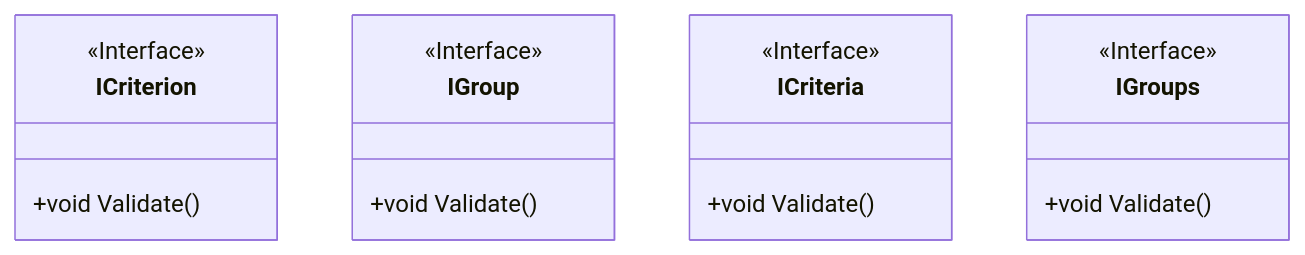
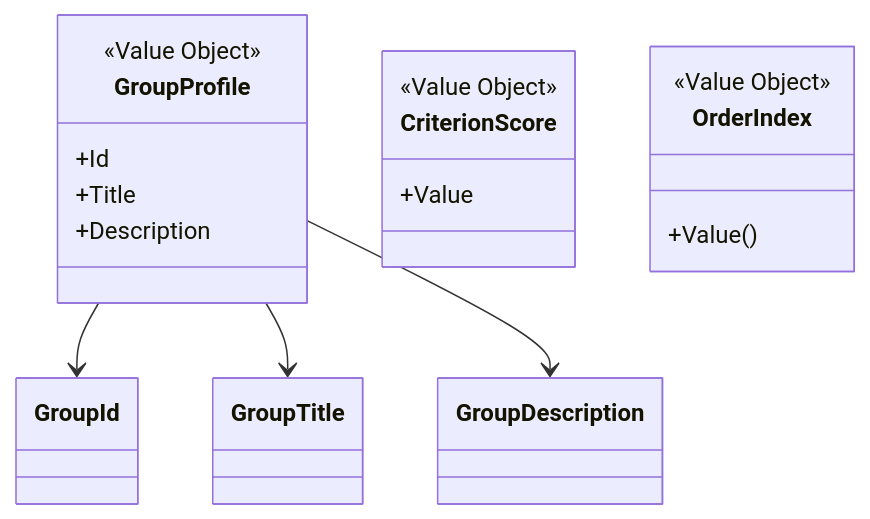
Before and after one commit to FredoqCorp/module-evaluations: the third of 7 diagrams in docs/architecture/form-domain-model.md, drawn with Mermaid. The commit also changed other lines of this file and 15 other files, not shown here.

````diff
--- a/docs/architecture/form-domain-model.md
+++ b/docs/architecture/form-domain-model.md
@@ -67,22 +68,22 @@
 ```mermaid
 classDiagram
-    class ICriterion {
-        <<Interface>>
-        +void Validate()
+    class GroupProfile {
+        <<Value Object>>
+        +Id
+        +Title
+        +Description
+    }
+    GroupProfile --> GroupId
+    GroupProfile --> GroupTitle
+    GroupProfile --> GroupDescription
+
+    class CriterionScore {
+        <<Value Object>>
+        +Value
     }
 
-    class IGroup {
-        <<Interface>>
-        +void Validate()
-    }
-
-    class ICriteria {
-        <<Interface>>
-        +void Validate()
-    }
-
-    class IGroups {
-        <<Interface>>
-        +void Validate()
+    class OrderIndex {
+        <<Value Object>>
+        +Value()
     }
 ```
````
